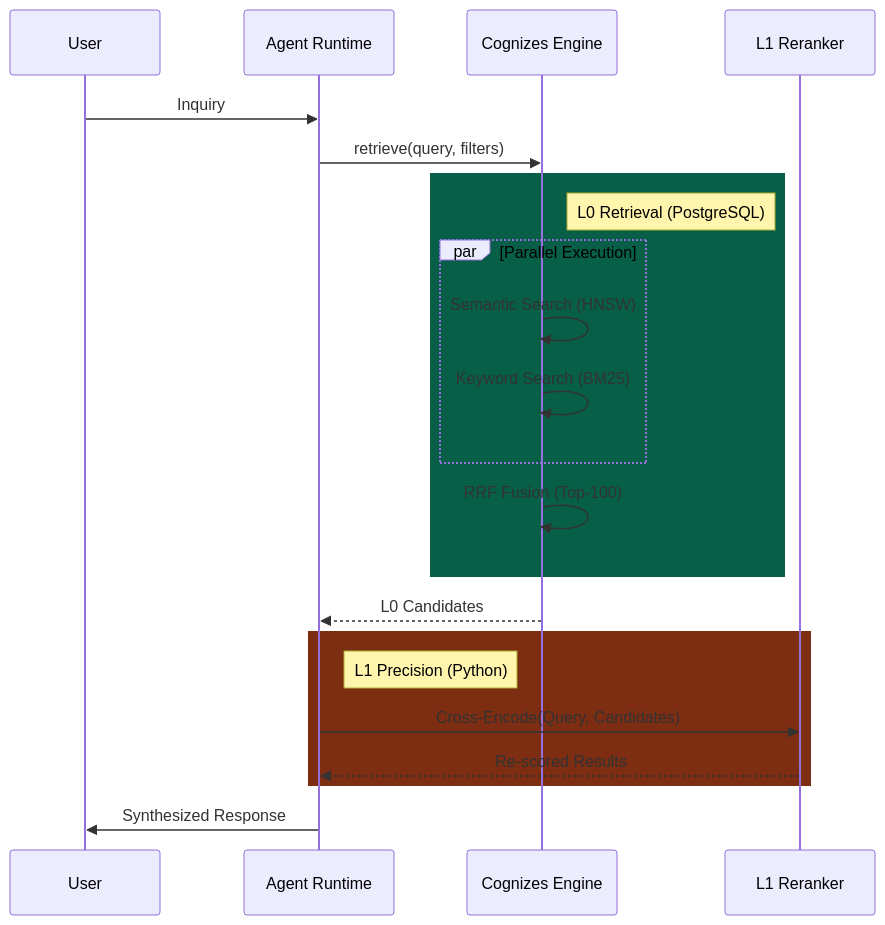
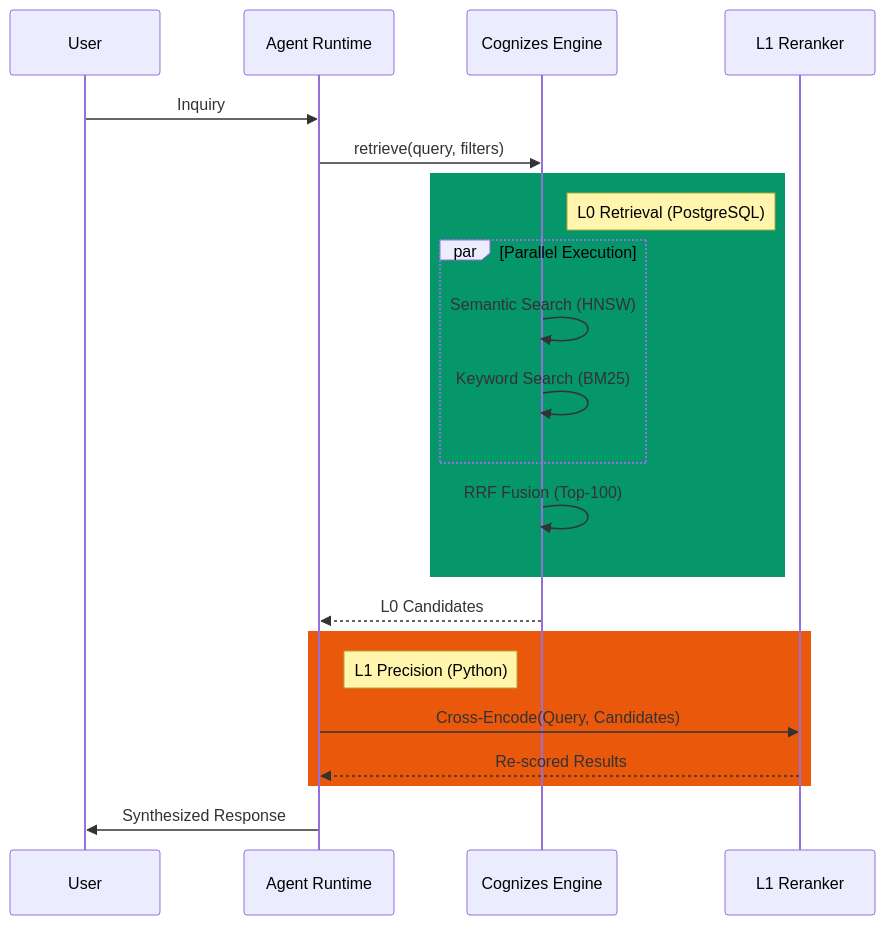
Before and after one commit to ThreeFish-AI/agentic-ai-papers: the third of 12 diagrams in docs/engine/030-the-perception.md, drawn with Mermaid. The commit also changed other lines of this file, not shown here.

First line of the commit message:
docs(perception): 优化 Mermaid 图表样式;

````diff
--- a/docs/engine/030-the-perception.md
+++ b/docs/engine/030-the-perception.md
@@ -190,29 +190,29 @@
 ```mermaid
 sequenceDiagram
     participant User
     participant Runtime as Agent Runtime
     participant Engine as Cognizes Engine
     participant Rerank as L1 Reranker
 
     User->>Runtime: Inquiry
     Runtime->>Engine: retrieve(query, filters)
 
-    rect rgb(6, 95, 70)
+    rect rgb(5, 150, 105)
         note right of Engine: L0 Retrieval (PostgreSQL)
         par Parallel Execution
             Engine->>Engine: Semantic Search (HNSW)
             Engine->>Engine: Keyword Search (BM25)
         end
         Engine->>Engine: RRF Fusion (Top-100)
     end
 
     Engine-->>Runtime: L0 Candidates
 
-    rect rgb(124, 45, 18)
+    rect rgb(234, 88, 12)
         note right of Runtime: L1 Precision (Python)
         Runtime->>Rerank: Cross-Encode(Query, Candidates)
         Rerank-->>Runtime: Re-scored Results
     end
 
     Runtime->>User: Synthesized Response
 ```
````
